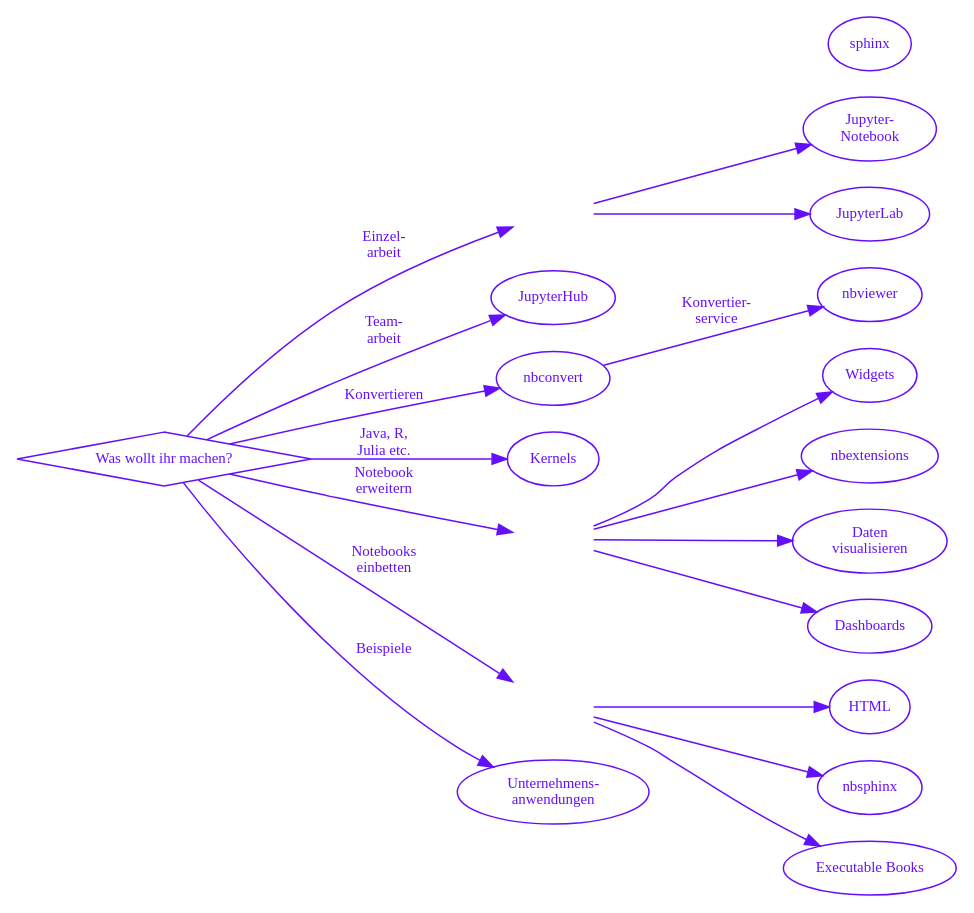
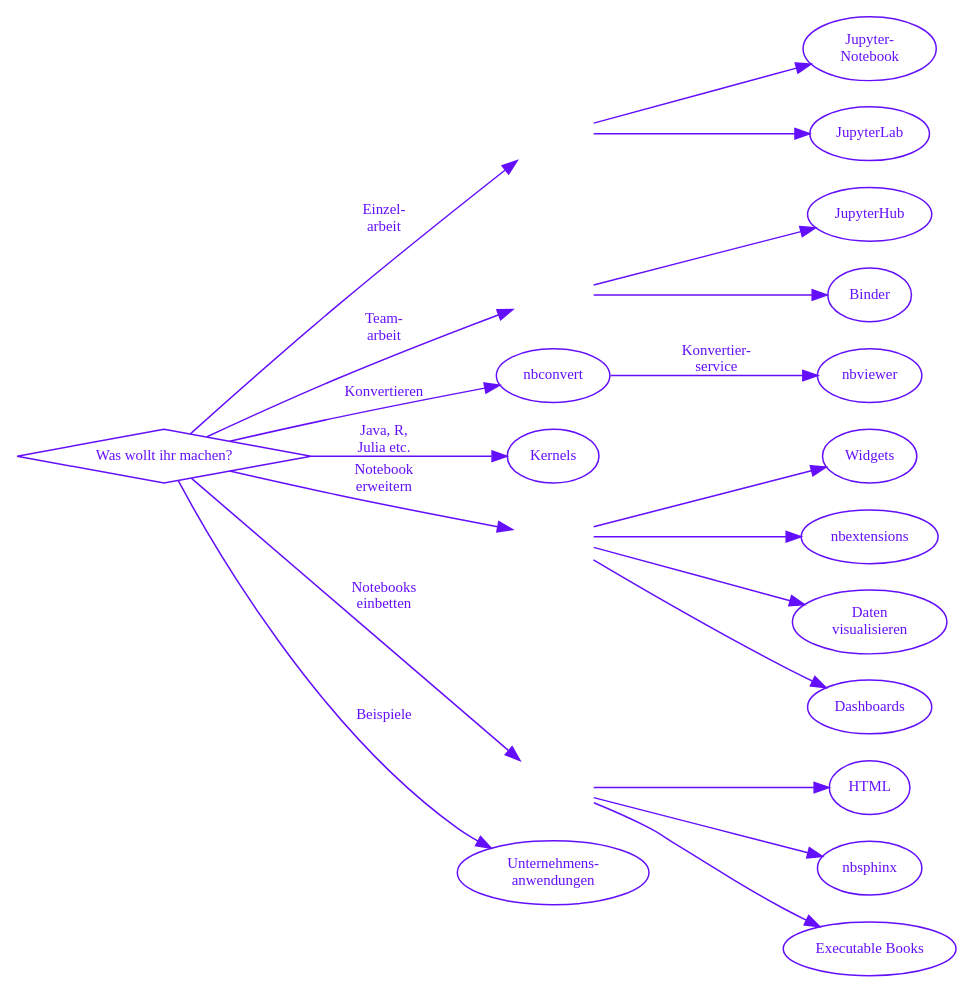
Before and after one commit to veit/jupyter-tutorial-de: the diagram in docs/index.rst, drawn with Graphviz. The commit also changed other lines of this file and 1 other file, not shown here.

Commit message:
:memo: Add Binder

```diff
--- a/docs/index.rst
+++ b/docs/index.rst
@@ -30,21 +30,15 @@
             shape=plaintext,
             label=" ",
             tooltip="Single user"]
-        hub [
-            label="JupyterHub",
-            tooltip="JupyterHub\ninstallieren",
-            target="_top",
-            href="../hub/index.html"]
+        team [
+            shape=plaintext,
+            label=" ",
+            tooltip="Team"]
         nbconvert [
             label="nbconvert",
             tooltip="nbconvert installieren und nutzen",
             target="_top",
             href="../nbconvert.html"]
-        nbviewer [
-            label="nbviewer",
-            tooltip="nbviewer installieren und nutzen",
-            target="_top",
-            href="../nbviewer.html"]
         kernels [
             label="Kernels",
             tooltip="Kernels installieren, anzeigen und starten",
@@ -74,6 +68,21 @@
             tooltip="JupyterLab lokal installieren",
             target="_top",
             href="../jupyterlab/index.html"]
+        hub [
+            label="JupyterHub",
+            tooltip="JupyterHub\ninstallieren",
+            target="_top",
+            href="../hub/index.html"]
+        binder [
+            label="Binder",
+            tooltip="Binder tools",
+            target="_top",
+            href="../binder.html"]
+        nbviewer [
+            label="nbviewer",
+            tooltip="nbviewer installieren und nutzen",
+            target="_top",
+            href="../nbviewer.html"]
         widgets [
             label="Widgets",
             tooltip="ipywidgets installieren und nutzen",
@@ -111,7 +120,7 @@
             href="../sphinx/executablebooks.html"]
         // Edges
         what -> singleuser [label="Einzel-\narbeit"]
-        what -> hub [label="Team-\narbeit"]
+        what -> team [label="Team-\narbeit"]
         what -> nbconvert [label="Konvertieren"]
         nbconvert -> nbviewer [label="Konvertier-\nservice"]
         what -> kernels [label="Java, R,\nJulia etc."]
@@ -119,13 +128,14 @@
         what -> embed [label="Notebooks\neinbetten"]
         what -> examples [label="Beispiele"]
         singleuser -> {notebook jupyterlab}
+        team -> {hub binder}
         extensions -> {widgets extend viz dash}
         embed -> {html nbsphinx executablebooks}
         // Arrangement
         rankdir="LR"
         {rank = same; what;}
-        {rank = same; singleuser; hub; nbconvert; kernels; extensions; embed;
+        {rank = same; singleuser; team; nbconvert; kernels; extensions; embed;
                 examples;}
-        {rank = same; notebook; jupyterlab; widgets; extend; viz; dash;}
-        {rank = same; html; sphinx}
+        {rank = same; notebook; jupyterlab; hub; binder; widgets; extend; viz;
+                dash; html}
     }
```
